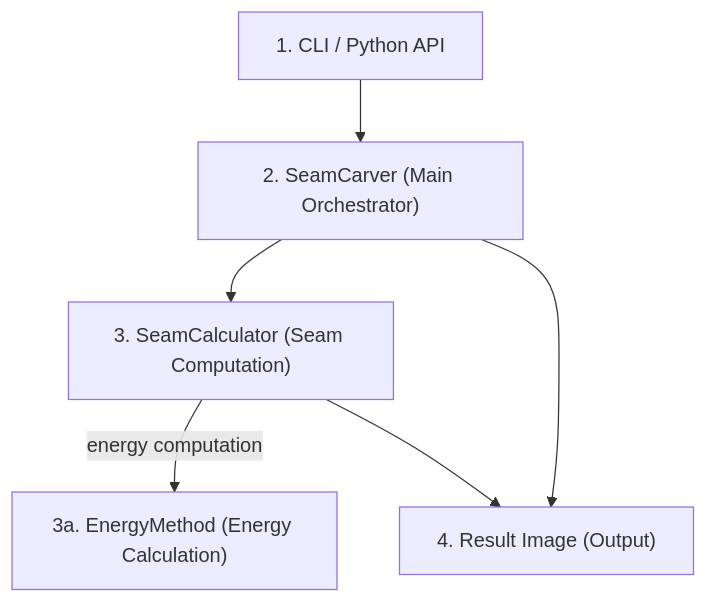
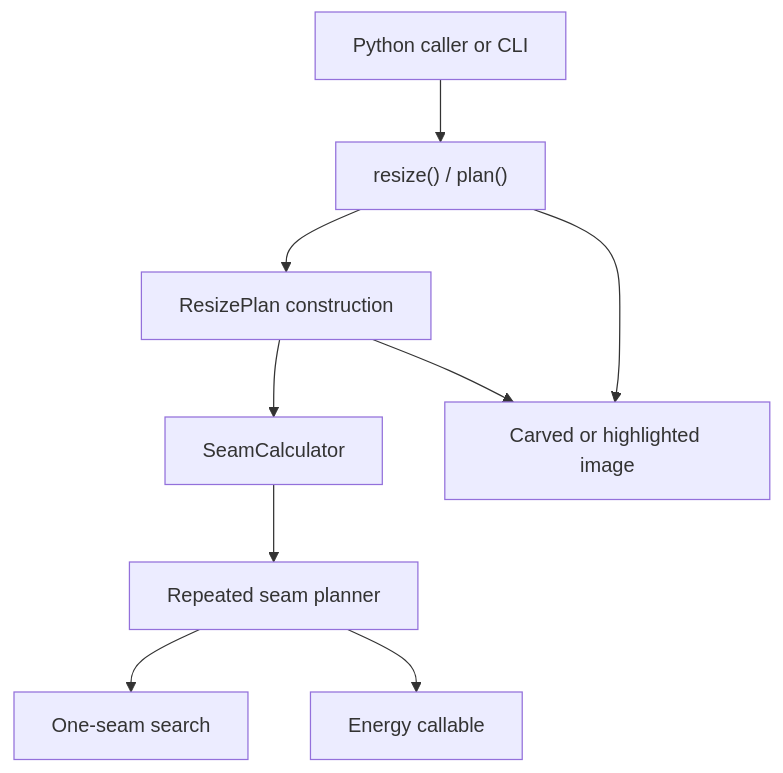
Before and after one commit to okinealb/seamcarver: the diagram in docs/architecture.md, drawn with Mermaid. The commit also changed other lines of this file and 4 other files, not shown here.

````diff
--- a/docs/architecture.md
+++ b/docs/architecture.md
@@ -7,14 +6,20 @@
 ```mermaid
 flowchart TD
-    CLI_API["1. CLI / Python API"]
-    SeamCarver["2. SeamCarver (Main Orchestrator)"]
-    SeamCalculator["3. SeamCalculator (Seam Computation)"]
-    EnergyMethod["3a. EnergyMethod (Energy Calculation)"]
-    Result["4. Result Image (Output)"]
+    Client["Python caller or CLI"]
+    Core["resize() / plan()"]
+    Plan["ResizePlan construction"]
+    Calculator["SeamCalculator"]
+    Planner["Repeated seam planner"]
+    Search["One-seam search"]
+    Energy["Energy callable"]
+    Result["Carved or highlighted image"]
 
-    CLI_API --> SeamCarver
-    SeamCarver --> SeamCalculator
-    SeamCalculator -- energy computation --> EnergyMethod
-    SeamCalculator --> Result
-    SeamCarver --> Result
+    Client --> Core
+    Core --> Plan
+    Plan --> Calculator
+    Calculator --> Planner
+    Planner --> Search
+    Planner --> Energy
+    Plan --> Result
+    Core --> Result
 ```
````
